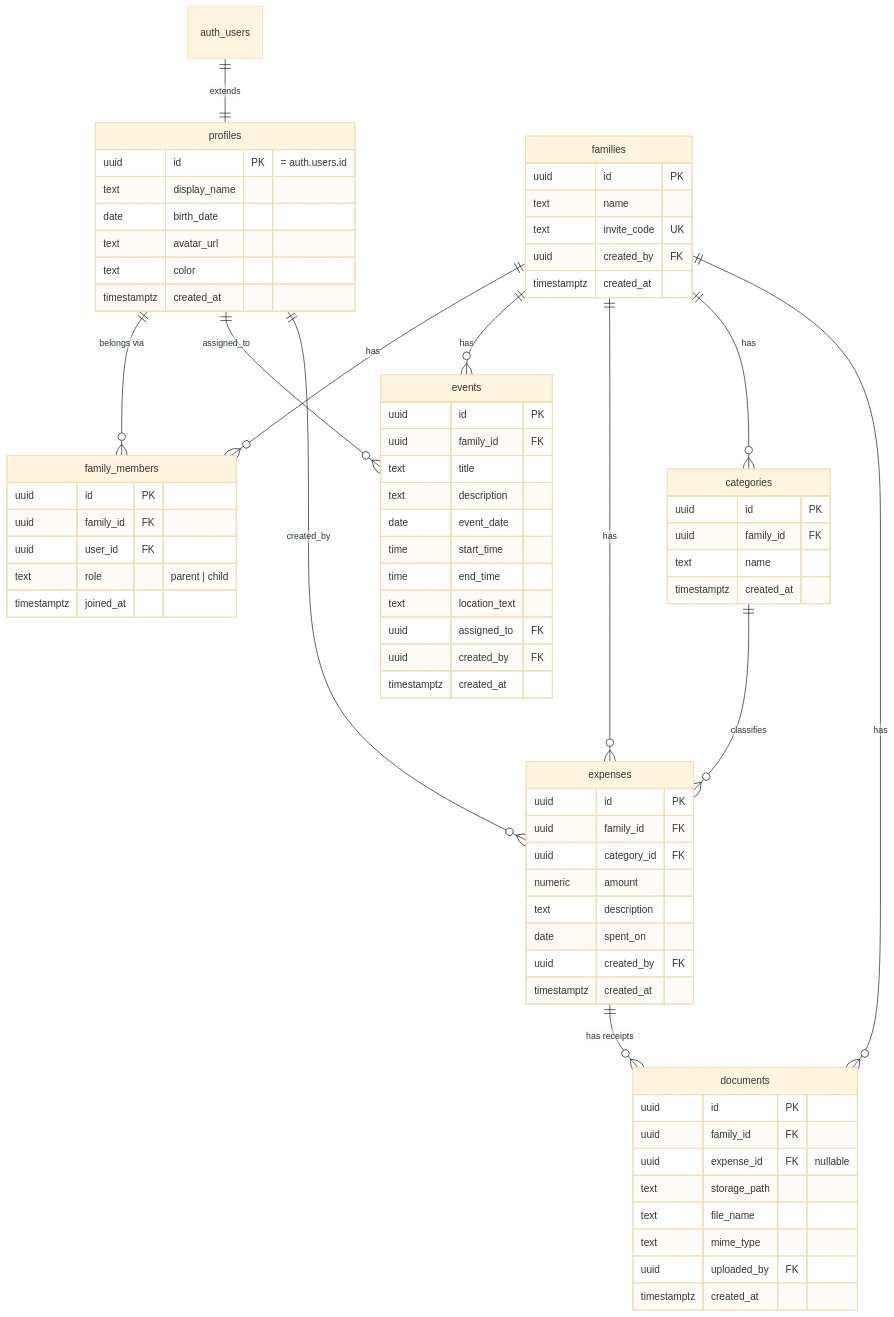
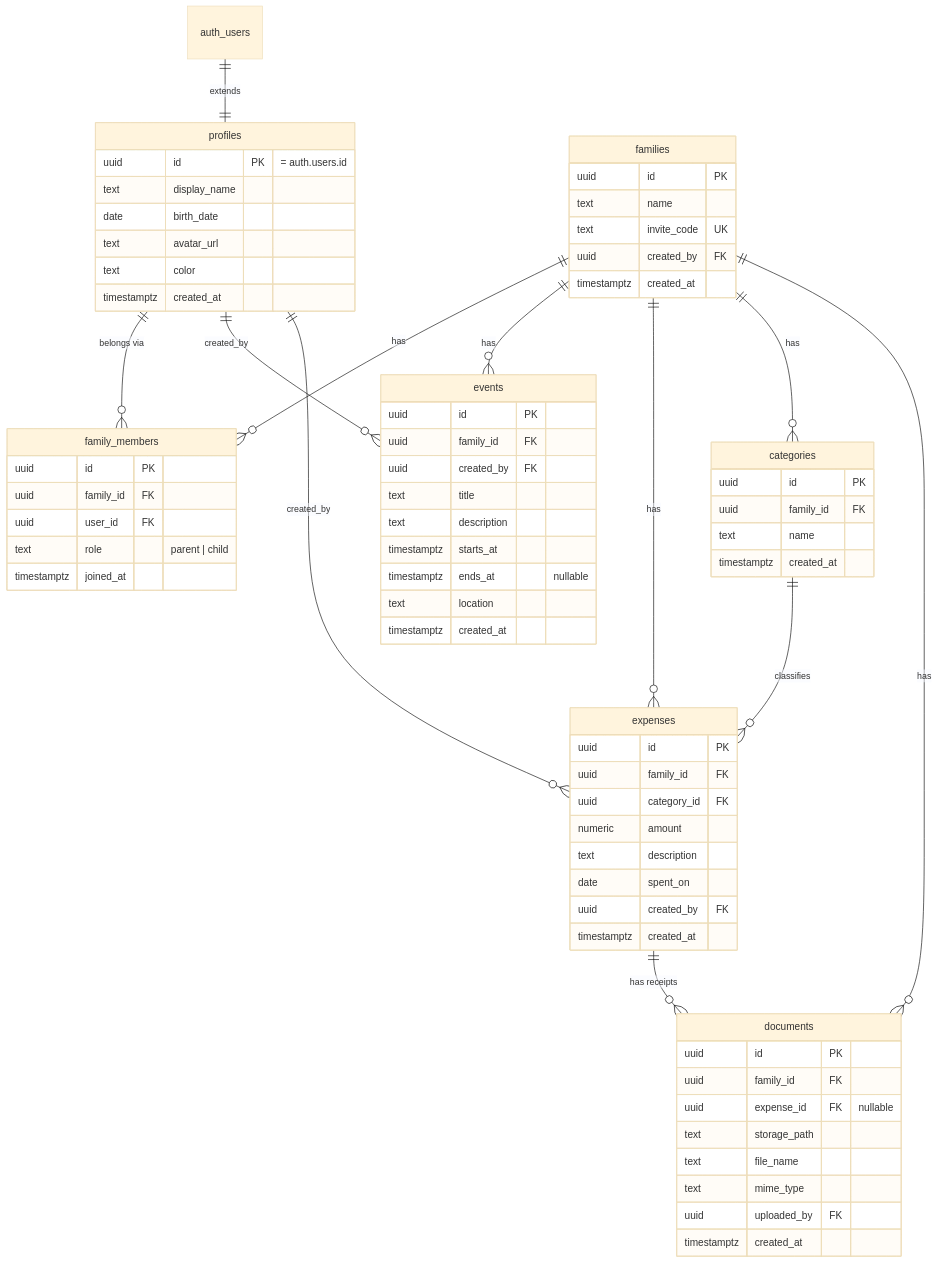
One commit to mihaela-code/fam-weave changed the diagram in docs/DATABASE.md. Above: the diagram before and after it, drawn with Mermaid (base theme). The commit also changed other lines of this file and 1 other file, not shown here.

Commit message:
docs: events schema in ER diagram, ADRs for upcoming-only list and V1 scope

````diff
--- a/docs/DATABASE.md
+++ b/docs/DATABASE.md
@@ -7,76 +7,74 @@
 ```mermaid
 erDiagram
     auth_users ||--|| profiles : "extends"
     profiles ||--o{ family_members : "belongs via"
     families ||--o{ family_members : "has"
     families ||--o{ events : "has"
     families ||--o{ expenses : "has"
     families ||--o{ categories : "has"
     families ||--o{ documents : "has"
     categories ||--o{ expenses : "classifies"
     expenses ||--o{ documents : "has receipts"
-    profiles ||--o{ events : "assigned_to"
+    profiles ||--o{ events : "created_by"
     profiles ||--o{ expenses : "created_by"
 
     profiles {
         uuid id PK "= auth.users.id"
         text display_name
         date birth_date
         text avatar_url
         text color
         timestamptz created_at
     }
     families {
         uuid id PK
         text name
         text invite_code UK
         uuid created_by FK
         timestamptz created_at
     }
     family_members {
         uuid id PK
         uuid family_id FK
         uuid user_id FK
         text role "parent | child"
         timestamptz joined_at
     }
     categories {
         uuid id PK
         uuid family_id FK
         text name
         timestamptz created_at
     }
     events {
         uuid id PK
         uuid family_id FK
+        uuid created_by FK
         text title
         text description
-        date event_date
-        time start_time
-        time end_time
-        text location_text
-        uuid assigned_to FK
-        uuid created_by FK
+        timestamptz starts_at
+        timestamptz ends_at "nullable"
+        text location
         timestamptz created_at
     }
     expenses {
         uuid id PK
         uuid family_id FK
         uuid category_id FK
         numeric amount
         text description
         date spent_on
         uuid created_by FK
         timestamptz created_at
     }
     documents {
         uuid id PK
         uuid family_id FK
         uuid expense_id FK "nullable"
         text storage_path
         text file_name
         text mime_type
         uuid uploaded_by FK
         timestamptz created_at
     }
 ```
````
